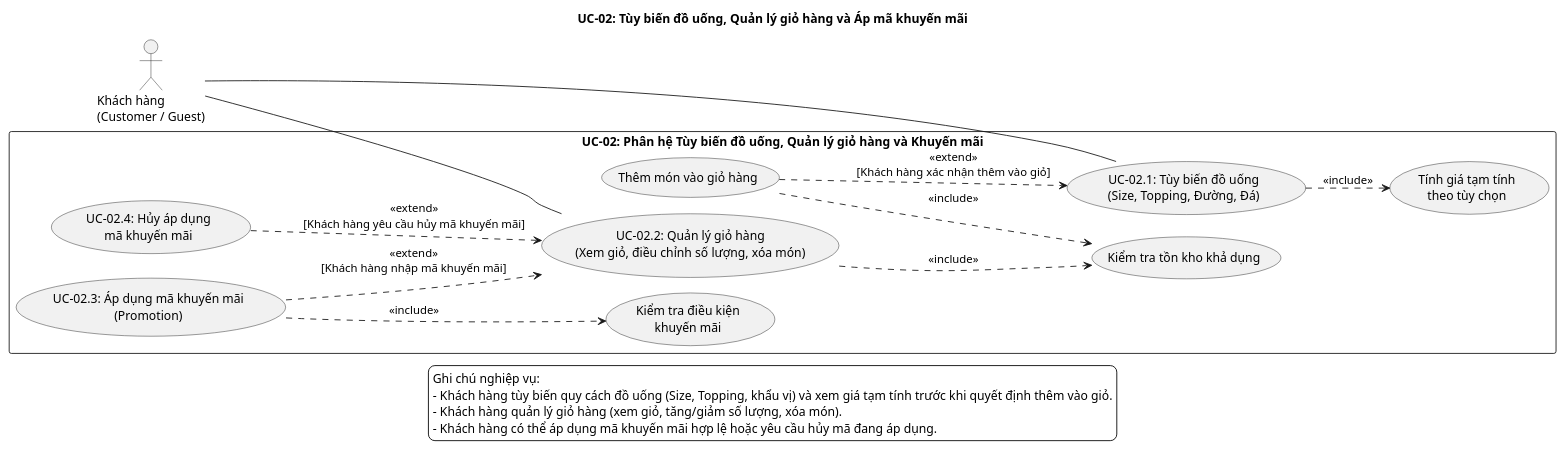
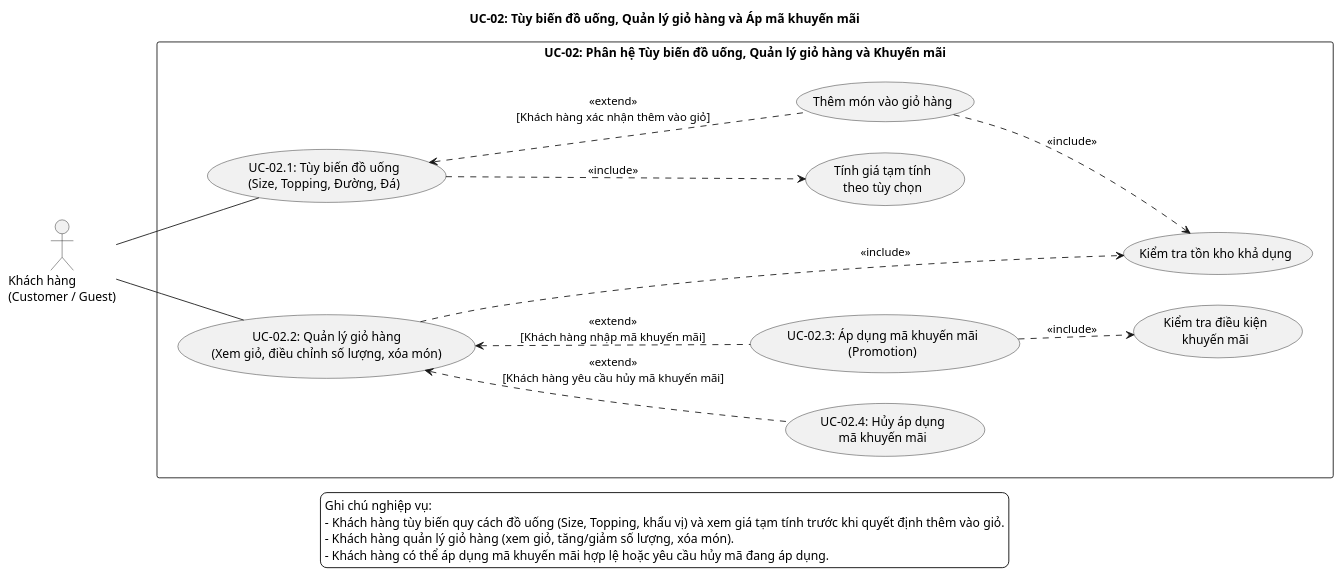
One commit to SamuiSang/brewlite2 changed the diagram in docs/diagrams/uc-02-cart-promotion.puml. Above: the diagram before and after it, drawn with PlantUML. The commit also changed 2 other files, not shown here.

Commit message:
docs(diagrams): update UC-02 diagram layout and arrow routing

```diff
--- a/docs/diagrams/uc-02-cart-promotion.puml
+++ b/docs/diagrams/uc-02-cart-promotion.puml
@@ -1,44 +1,51 @@
 @startuml uc-02-cart-promotion
-!pragma layout smetana
 left to right direction
 skinparam monochrome true
 skinparam shadowing false
 skinparam defaultFontName SansSerif
 skinparam backgroundColor white
+skinparam packageStyle rectangle
 
 title UC-02: Tùy biến đồ uống, Quản lý giỏ hàng và Áp mã khuyến mãi
 
 actor "Khách hàng\n(Customer / Guest)" as Customer
 
 rectangle "UC-02: Phân hệ Tùy biến đồ uống, Quản lý giỏ hàng và Khuyến mãi" {
-  usecase "UC-02.1: Tùy biến đồ uống\n(Size, Topping, Đường, Đá)" as UC_Customize
-  usecase "Tính giá tạm tính\ntheo tùy chọn" as UC_CalcPrice
-  usecase "Thêm món vào giỏ hàng" as UC_AddToCart
-  usecase "UC-02.2: Quản lý giỏ hàng\n(Xem giỏ, điều chỉnh số lượng, xóa món)" as UC_ManageCart
-  usecase "Kiểm tra tồn kho khả dụng" as UC_CheckStock
-  usecase "UC-02.3: Áp dụng mã khuyến mãi\n(Promotion)" as UC_ApplyPromo
-  usecase "Kiểm tra điều kiện\nkhuyến mãi" as UC_ValidatePromo
-  usecase "UC-02.4: Hủy áp dụng\nmã khuyến mãi" as UC_RemovePromo
+  together {
+    usecase "UC-02.1: Tùy biến đồ uống\n(Size, Topping, Đường, Đá)" as UC_Customize
+    usecase "Tính giá tạm tính\ntheo tùy chọn" as UC_CalcPrice
+    usecase "Thêm món vào giỏ hàng" as UC_AddToCart
+  }
+  
+  together {
+    usecase "UC-02.2: Quản lý giỏ hàng\n(Xem giỏ, điều chỉnh số lượng, xóa món)" as UC_ManageCart
+    usecase "UC-02.4: Hủy áp dụng\nmã khuyến mãi" as UC_RemovePromo
+    usecase "UC-02.3: Áp dụng mã khuyến mãi\n(Promotion)" as UC_ApplyPromo
+  }
+  
+  together {
+    usecase "Kiểm tra tồn kho khả dụng" as UC_CheckStock
+    usecase "Kiểm tra điều kiện\nkhuyến mãi" as UC_ValidatePromo
+  }
 
   Customer -- UC_Customize
   Customer -- UC_ManageCart
 
   UC_Customize ..> UC_CalcPrice : <<include>>
-  UC_AddToCart ..> UC_Customize : <<extend>>\n[Khách hàng xác nhận thêm vào giỏ]
+  UC_Customize <.. UC_AddToCart : <<extend>>\n[Khách hàng xác nhận thêm vào giỏ]
   UC_AddToCart ..> UC_CheckStock : <<include>>
 
   UC_ManageCart ..> UC_CheckStock : <<include>>
-
-  UC_ApplyPromo ..> UC_ManageCart : <<extend>>\n[Khách hàng nhập mã khuyến mãi]
+  UC_ManageCart <.. UC_RemovePromo : <<extend>>\n[Khách hàng yêu cầu hủy mã khuyến mãi]
+  UC_ManageCart <.. UC_ApplyPromo : <<extend>>\n[Khách hàng nhập mã khuyến mãi]
+  
   UC_ApplyPromo ..> UC_ValidatePromo : <<include>>
-
-  UC_RemovePromo ..> UC_ManageCart : <<extend>>\n[Khách hàng yêu cầu hủy mã khuyến mãi]
 }
 
 legend bottom
   Ghi chú nghiệp vụ:
   - Khách hàng tùy biến quy cách đồ uống (Size, Topping, khẩu vị) và xem giá tạm tính trước khi quyết định thêm vào giỏ.
   - Khách hàng quản lý giỏ hàng (xem giỏ, tăng/giảm số lượng, xóa món).
   - Khách hàng có thể áp dụng mã khuyến mãi hợp lệ hoặc yêu cầu hủy mã đang áp dụng.
 endlegend
 @enduml
```
